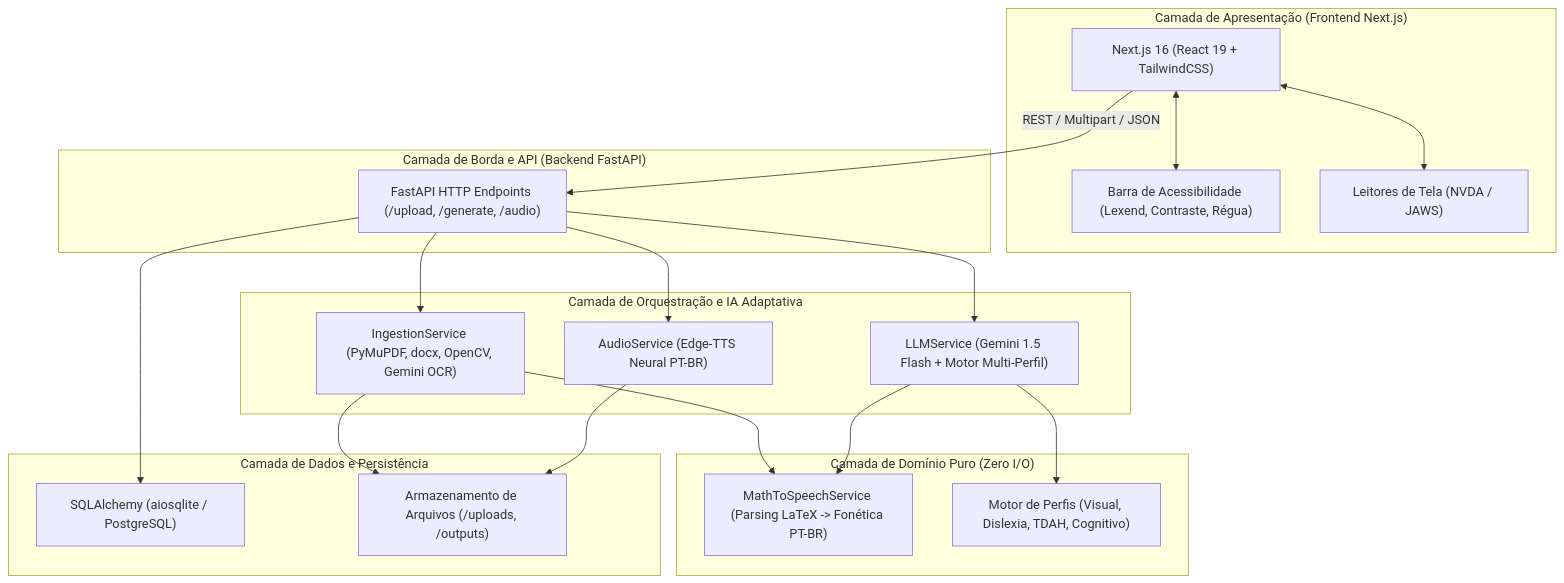
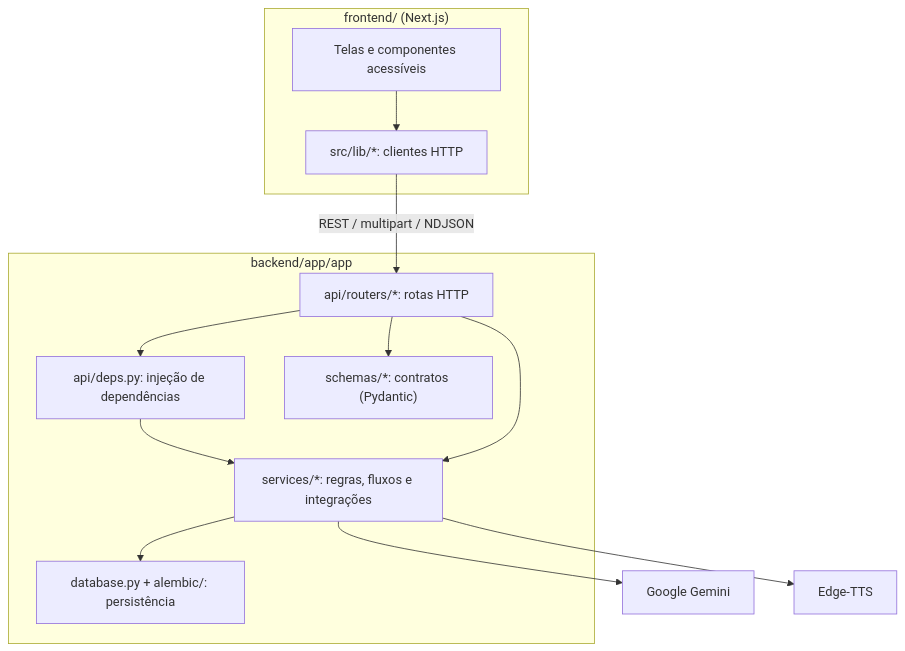
Before and after one commit to elisaleao/SINA_IA: the diagram in docs/architecture.md, drawn with Mermaid. The commit also changed other lines of this file and 7 other files, not shown here.

First line of the commit message:
docs: describe the backend after the services refactor

````diff
--- a/docs/architecture.md
+++ b/docs/architecture.md
@@ -11,41 +16,28 @@
 ```mermaid
 flowchart TD
-    subgraph ClientLayer["Camada de Apresentação (Frontend Next.js)"]
-        UI["Next.js 16 (React 19 + TailwindCSS)"]
-        ACC_BAR["Barra de Acessibilidade (Lexend, Contraste, Régua)"]
-        SR["Leitores de Tela (NVDA / JAWS)"]
-        UI <--> SR
-        UI <--> ACC_BAR
+    subgraph Frontend["frontend/ (Next.js)"]
+        UI["Telas e componentes acessíveis"]
+        LIB["src/lib/*: clientes HTTP"]
+        UI --> LIB
     end
 
-    subgraph EdgeLayer["Camada de Borda e API (Backend FastAPI)"]
-        API["FastAPI HTTP Endpoints (/upload, /generate, /audio)"]
+    subgraph Backend["backend/app/app"]
+        ROUTERS["api/routers/*: rotas HTTP"]
+        DEPS["api/deps.py: injeção de dependências"]
+        SCHEMAS["schemas/*: contratos (Pydantic)"]
+        SERVICES["services/*: regras, fluxos e integrações"]
+        DB["database.py + alembic/: persistência"]
+        ROUTERS --> DEPS
+        ROUTERS --> SCHEMAS
+        DEPS --> SERVICES
+        ROUTERS --> SERVICES
+        SERVICES --> DB
     end
 
-    subgraph ServiceLayer["Camada de Orquestração e IA Adaptativa"]
-        INGEST["IngestionService (PyMuPDF, docx, OpenCV, Gemini OCR)"]
-        LLM["LLMService (Gemini 1.5 Flash + Motor Multi-Perfil)"]
-        AUDIO["AudioService (Edge-TTS Neural PT-BR)"]
-    end
+    GEMINI["Google Gemini"]
+    TTS["Edge-TTS"]
 
-    subgraph DomainLayer["Camada de Domínio Puro (Zero I/O)"]
-        M2S["MathToSpeechService (Parsing LaTeX -> Fonética PT-BR)"]
-        PROFILES["Motor de Perfis (Visual, Dislexia, TDAH, Cognitivo)"]
-    end
-
-    subgraph PersistenceLayer["Camada de Dados e Persistência"]
-        DB["SQLAlchemy (aiosqlite / PostgreSQL)"]
-        STORAGE["Armazenamento de Arquivos (/uploads, /outputs)"]
-    end
-
-    UI -->|REST / Multipart / JSON| API
-    API --> INGEST
-    API --> LLM
-    API --> AUDIO
-    API --> DB
-    INGEST --> STORAGE
-    AUDIO --> STORAGE
-    INGEST --> M2S
-    LLM --> M2S
-    LLM --> PROFILES
+    LIB -->|REST / multipart / NDJSON| ROUTERS
+    SERVICES --> GEMINI
+    SERVICES --> TTS
 ```
````
